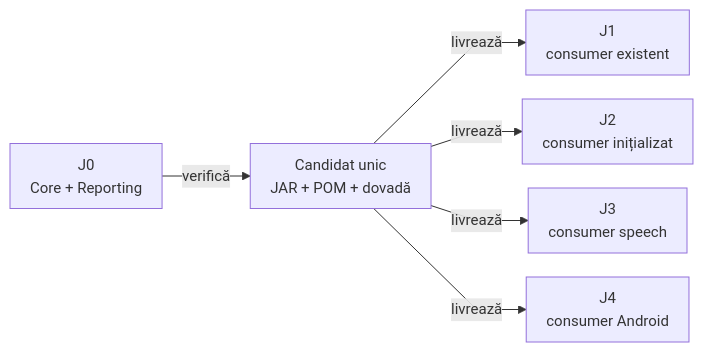
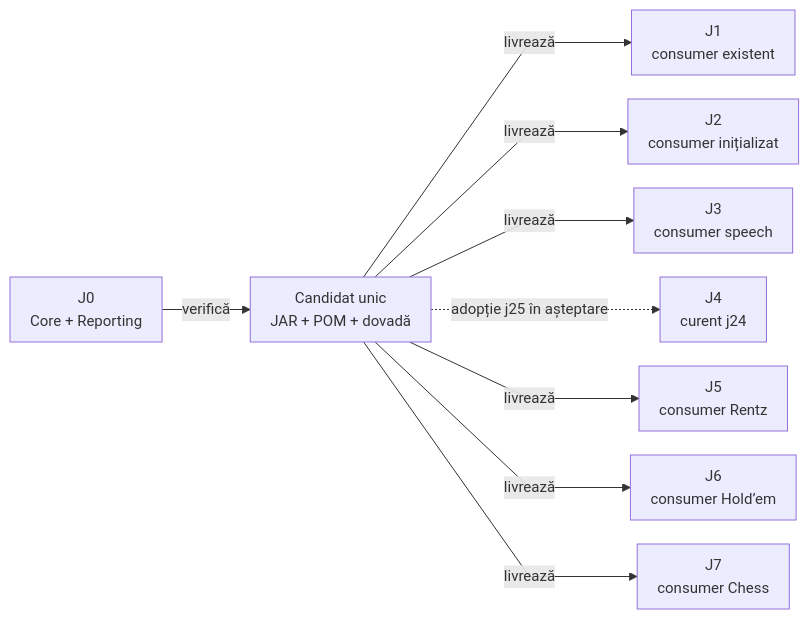
Before and after one commit to crististefanita/atf_j1: the diagram in docs/ATF_Workspace_Synchronization.md, drawn with Mermaid. The commit also changed other lines of this file and 71 other files, not shown here.

````diff
--- a/docs/ATF_Workspace_Synchronization.md
+++ b/docs/ATF_Workspace_Synchronization.md
@@ -25,9 +33,12 @@
 ```mermaid
 %%{init: {"themeVariables":{"fontSize":"15px"},"themeCSS":".nodeLabel, .nodeLabel p { font-size: 15px !important; line-height: 1.35 !important; } .edgeLabel, .edgeLabel p { font-size: 12px !important; font-weight: 400 !important; line-height: 1.2 !important; } .edgeLabel .labelBkg, .edgeLabel p { background: transparent !important; } .edgeLabel foreignObject { transform: translateY(-18px); overflow: visible; } .node rect { rx: 6px; ry: 6px; }","flowchart":{"curve":"linear","nodeSpacing":24,"rankSpacing":40,"padding":10,"diagramPadding":16}}}%%
 flowchart LR
     Source["J0<br/>Core + Reporting"] -->|verifică| Candidate["Candidat unic<br/>JAR + POM + dovadă"]
     Candidate -->|livrează| J1["J1<br/>consumer existent"]
     Candidate -->|livrează| J2["J2<br/>consumer inițializat"]
     Candidate -->|livrează| J3["J3<br/>consumer speech"]
-    Candidate -->|livrează| J4["J4<br/>consumer Android"]
+    Candidate -.->|adopție j25 în așteptare| J4["J4<br/>curent j24"]
+    Candidate -->|livrează| J5["J5<br/>consumer Rentz"]
+    Candidate -->|livrează| J6["J6<br/>consumer Hold’em"]
+    Candidate -->|livrează| J7["J7<br/>consumer Chess"]
 ```
````
